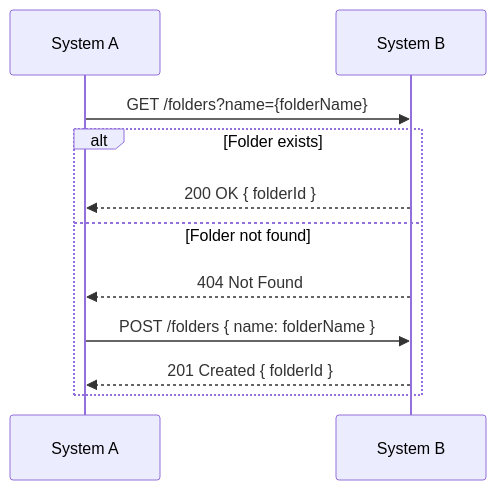
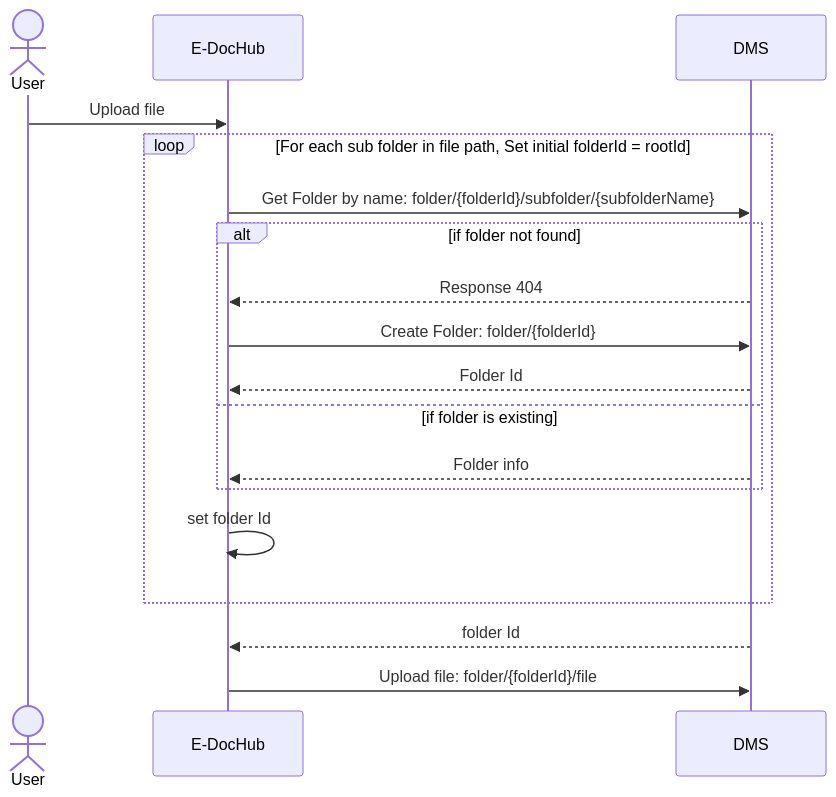
The diagram in sequence-diagram.md (tlepcctrg/tlepcctrg.github.io), drawn with Mermaid before and after one commit. The commit also changed other lines of this file, not shown here.

Commit message:
Update sequence diagram to match reference image (E-DocHub/DMS loop flow)
Agent-Logs-Url: https://github.com/tlepcctrg/tlepcctrg.github.io/sessions/7a72a8dd-a716-4e86-903e-64fd0c6de8f2

````diff
--- a/sequence-diagram.md
+++ b/sequence-diagram.md
@@ -3,14 +3,23 @@
 ```mermaid
 sequenceDiagram
-    participant A as System A
-    participant B as System B
+    actor User
+    participant E as E-DocHub
+    participant D as DMS
 
-    A->>B: GET /folders?name={folderName}
-    alt Folder exists
-        B-->>A: 200 OK { folderId }
-    else Folder not found
-        B-->>A: 404 Not Found
-        A->>B: POST /folders { name: folderName }
-        B-->>A: 201 Created { folderId }
+    User->>E: Upload file
+
+    loop For each sub folder in file path, Set initial folderId = rootId
+        E->>D: Get Folder by name: folder/{folderId}/subfolder/{subfolderName}
+        alt if folder not found
+            D-->>E: Response 404
+            E->>D: Create Folder: folder/{folderId}
+            D-->>E: Folder Id
+        else if folder is existing
+            D-->>E: Folder info
+        end
+        E->>E: set folder Id
     end
+
+    D-->>E: folder Id
+    E->>D: Upload file: folder/{folderId}/file
 ```
````
